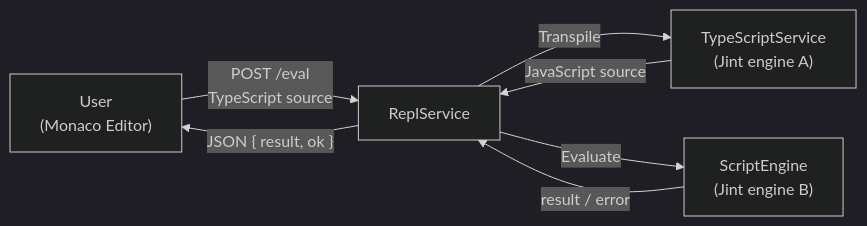
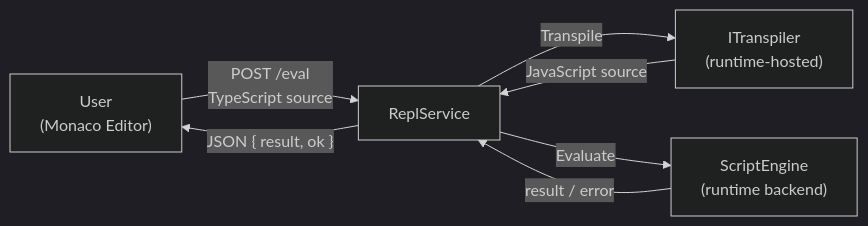
Before and after one commit to takeshik/Duets: the first of 2 diagrams in docs/architecture.md, drawn with Mermaid (dark theme). The commit also changed other lines of this file and 39 other files, not shown here.

First line of the commit message:
Split runtime backends from Duets core; extract Jint into Duets.Jint

````diff
--- a/docs/architecture.md
+++ b/docs/architecture.md
@@ -52,14 +70,14 @@
 ```mermaid
 flowchart LR
     U["User\n(Monaco Editor)"]
     RS[ReplService]
-    TS["TypeScriptService\n(Jint engine A)"]
-    SE["ScriptEngine\n(Jint engine B)"]
+    TS["ITranspiler\n(runtime-hosted)"]
+    SE["ScriptEngine\n(runtime backend)"]
 
     U -->|"POST /eval\nTypeScript source"| RS
     RS -->|Transpile| TS
     TS -->|JavaScript source| RS
     RS -->|Evaluate| SE
     SE -->|result / error| RS
     RS -->|"JSON { result, ok }"| U
 ```
````
